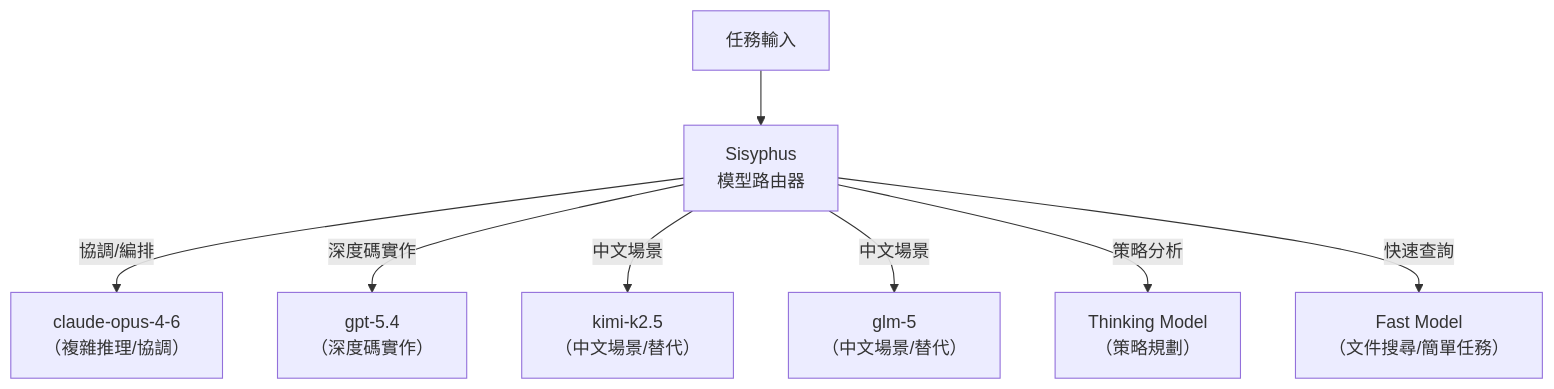
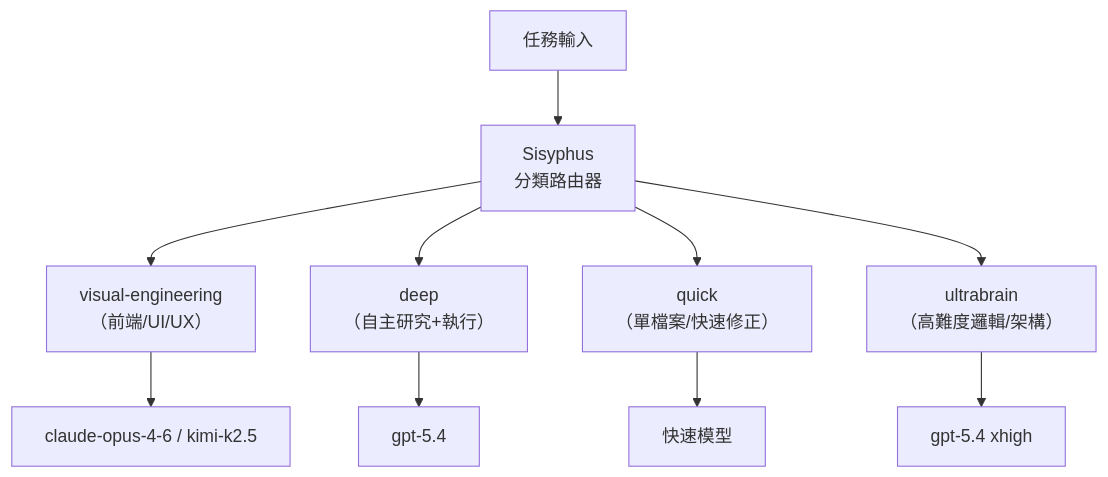
Diagram 29 of 50 in content/posts/教學/AI開發/opencode生態系教學手冊.md (chihhung/Blog), drawn with Mermaid before and after one commit. The commit also changed other lines of this file and 2 other files, not shown here.

````diff
--- a/content/posts/教學/AI開發/opencode生態系教學手冊.md
+++ b/content/posts/教學/AI開發/opencode生態系教學手冊.md
@@ -5135,21 +5325,26 @@
 ```mermaid
 graph TB
     Task["任務輸入"]
 
-    Router["Sisyphus<br/>模型路由器"]
+    Router["Sisyphus<br/>分類路由器"]
 
-    M1["claude-opus-4-6<br/>（複雜推理/協調）"]
-    M2["gpt-5.4<br/>（深度碼實作）"]
-    M3["kimi-k2.5<br/>（中文場景/替代）"]
-    M4["glm-5<br/>（中文場景/替代）"]
-    M5["Thinking Model<br/>（策略規劃）"]
-    M6["Fast Model<br/>（文件搜尋/簡單任務）"]
+    Cat1["visual-engineering<br/>（前端/UI/UX）"]
+    Cat2["deep<br/>（自主研究+執行）"]
+    Cat3["quick<br/>（單檔案/快速修正）"]
+    Cat4["ultrabrain<br/>（高難度邏輯/架構）"]
+
+    M1["claude-opus-4-6 / kimi-k2.5"]
+    M2["gpt-5.4"]
+    M3["快速模型"]
+    M4["gpt-5.4 xhigh"]
 
     Task --> Router
-    Router -->|"協調/編排"| M1
-    Router -->|"深度碼實作"| M2
-    Router -->|"中文場景"| M3
-    Router -->|"中文場景"| M4
-    Router -->|"策略分析"| M5
-    Router -->|"快速查詢"| M6
+    Router --> Cat1
+    Router --> Cat2
+    Router --> Cat3
+    Router --> Cat4
+    Cat1 --> M1
+    Cat2 --> M2
+    Cat3 --> M3
+    Cat4 --> M4
 ```
````
